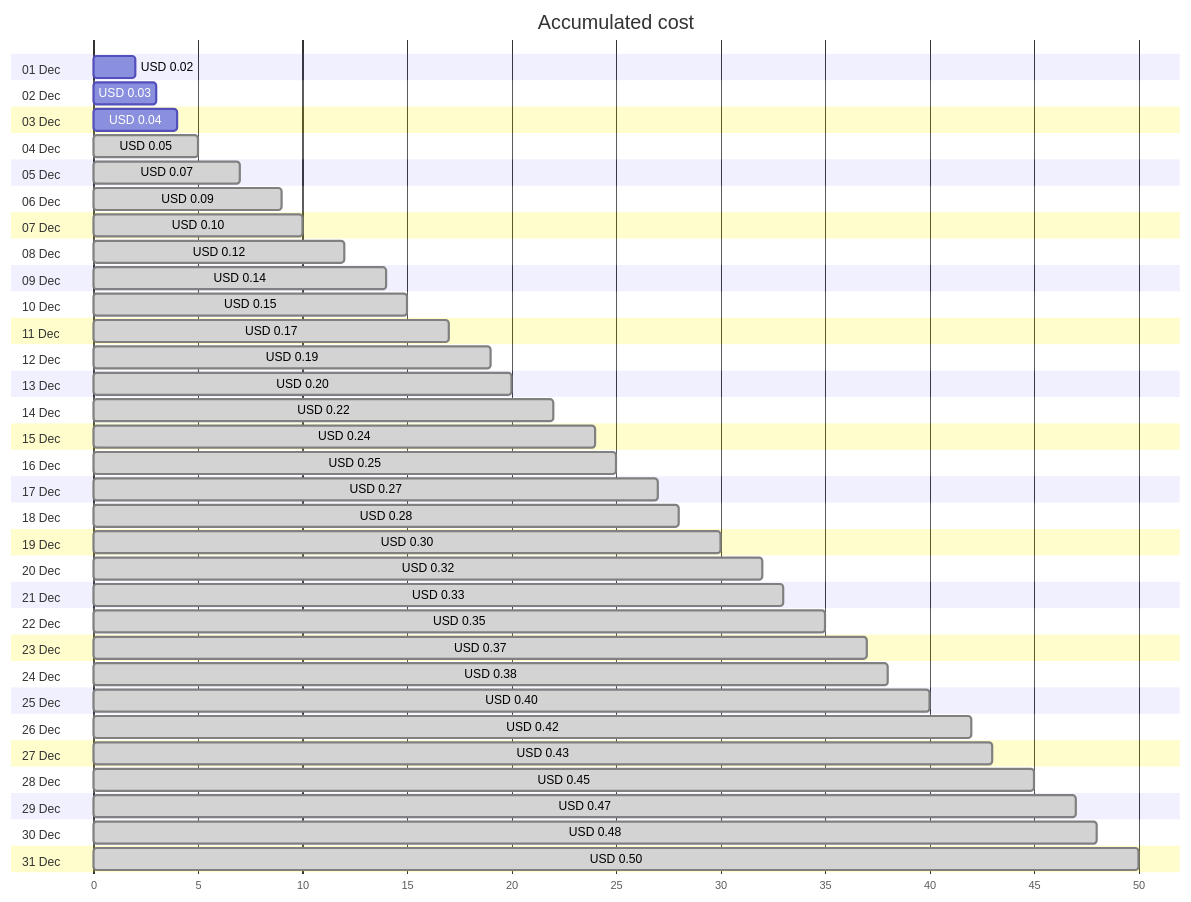
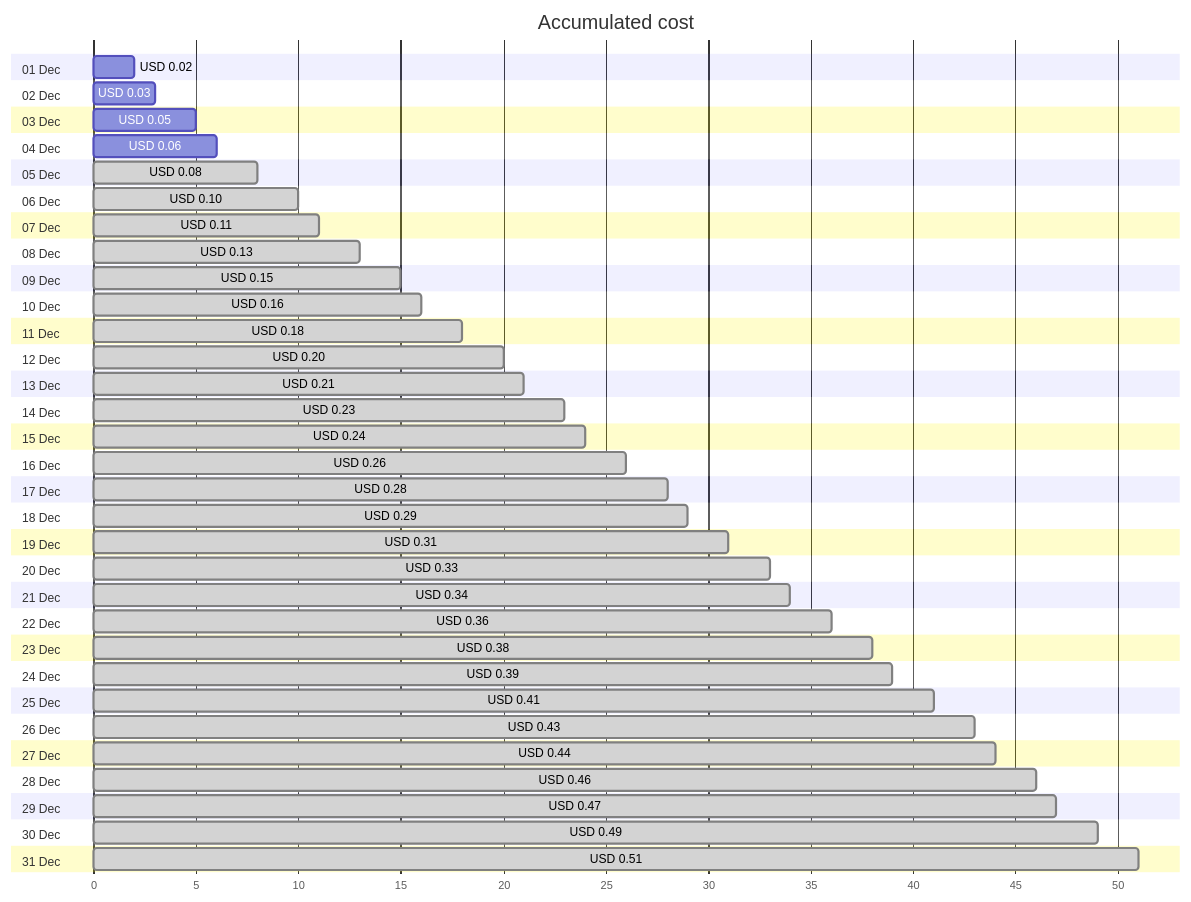
The first of 4 diagrams in cost-reports/personal-dns/jpatrickfulton.com.md (jpfulton/azure-personal-reports), drawn with Mermaid before and after one commit. The commit also changed other lines of this file and 2 other files, not shown here.

Commit message:
Generated reports [skip ci]

````diff
--- a/cost-reports/personal-dns/jpatrickfulton.com.md
+++ b/cost-reports/personal-dns/jpatrickfulton.com.md
@@ -20,68 +20,68 @@
 ```mermaid
 gantt
    title Accumulated cost
    dateFormat  X
    axisFormat %s
    section 01 Dec
    USD 0.02 :0, 2
    section 02 Dec
    USD 0.03 :0, 3
    section 03 Dec
-   USD 0.04 :0, 4
+   USD 0.05 :0, 5
    section 04 Dec
-   USD 0.05 : done, 0, 5
+   USD 0.06 :0, 6
    section 05 Dec
-   USD 0.07 : done, 0, 7
+   USD 0.08 : done, 0, 8
    section 06 Dec
-   USD 0.09 : done, 0, 9
+   USD 0.10 : done, 0, 10
    section 07 Dec
-   USD 0.10 : done, 0, 10
+   USD 0.11 : done, 0, 11
    section 08 Dec
-   USD 0.12 : done, 0, 12
+   USD 0.13 : done, 0, 13
    section 09 Dec
-   USD 0.14 : done, 0, 14
+   USD 0.15 : done, 0, 15
    section 10 Dec
-   USD 0.15 : done, 0, 15
+   USD 0.16 : done, 0, 16
    section 11 Dec
-   USD 0.17 : done, 0, 17
+   USD 0.18 : done, 0, 18
    section 12 Dec
-   USD 0.19 : done, 0, 19
+   USD 0.20 : done, 0, 20
    section 13 Dec
-   USD 0.20 : done, 0, 20
+   USD 0.21 : done, 0, 21
    section 14 Dec
-   USD 0.22 : done, 0, 22
+   USD 0.23 : done, 0, 23
    section 15 Dec
    USD 0.24 : done, 0, 24
    section 16 Dec
-   USD 0.25 : done, 0, 25
+   USD 0.26 : done, 0, 26
    section 17 Dec
-   USD 0.27 : done, 0, 27
+   USD 0.28 : done, 0, 28
    section 18 Dec
-   USD 0.28 : done, 0, 28
+   USD 0.29 : done, 0, 29
    section 19 Dec
-   USD 0.30 : done, 0, 30
+   USD 0.31 : done, 0, 31
    section 20 Dec
-   USD 0.32 : done, 0, 32
+   USD 0.33 : done, 0, 33
    section 21 Dec
-   USD 0.33 : done, 0, 33
+   USD 0.34 : done, 0, 34
    section 22 Dec
-   USD 0.35 : done, 0, 35
+   USD 0.36 : done, 0, 36
    section 23 Dec
-   USD 0.37 : done, 0, 37
+   USD 0.38 : done, 0, 38
    section 24 Dec
-   USD 0.38 : done, 0, 38
+   USD 0.39 : done, 0, 39
    section 25 Dec
-   USD 0.40 : done, 0, 40
+   USD 0.41 : done, 0, 41
    section 26 Dec
-   USD 0.42 : done, 0, 42
+   USD 0.43 : done, 0, 43
    section 27 Dec
-   USD 0.43 : done, 0, 43
+   USD 0.44 : done, 0, 44
    section 28 Dec
-   USD 0.45 : done, 0, 45
+   USD 0.46 : done, 0, 46
    section 29 Dec
    USD 0.47 : done, 0, 47
    section 30 Dec
-   USD 0.48 : done, 0, 48
+   USD 0.49 : done, 0, 49
    section 31 Dec
-   USD 0.50 : done, 0, 50
+   USD 0.51 : done, 0, 51
 ```
````
